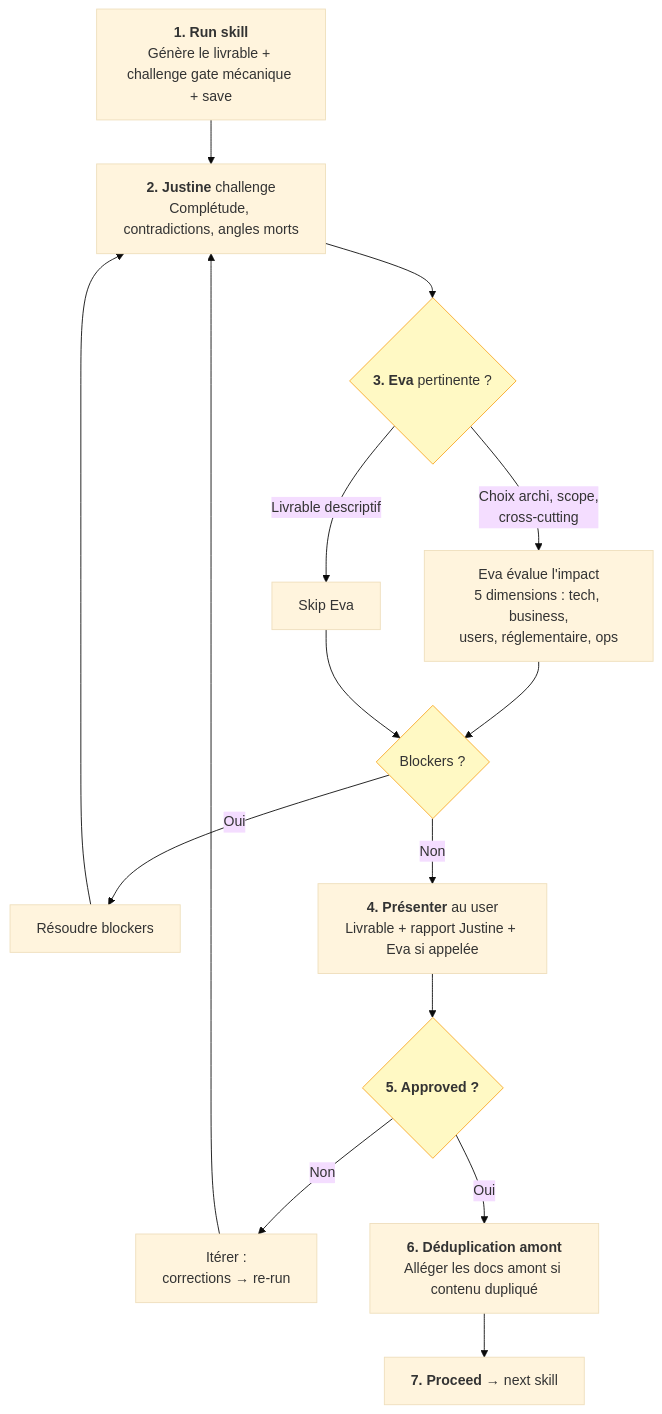
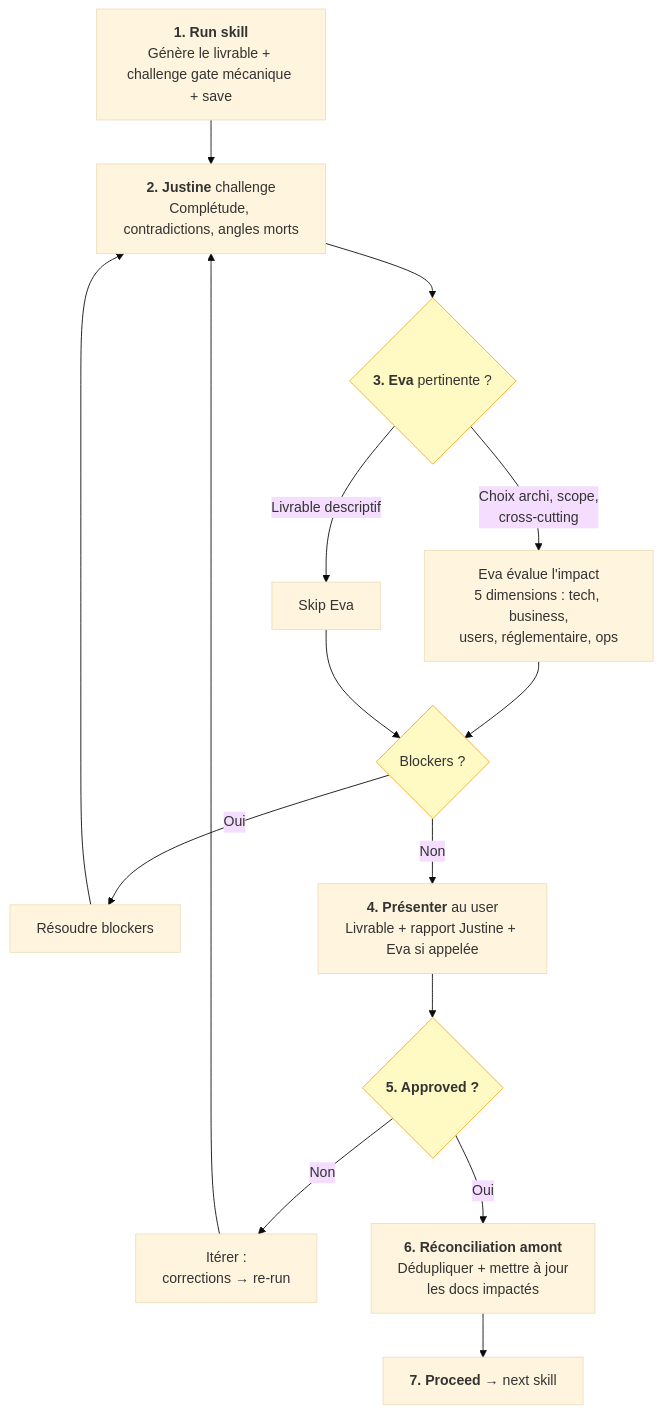
Before and after one commit to ai-driven-dev/framework: the third of 3 diagrams in FLOW.md, drawn with Mermaid (base theme). The commit also changed 2 other files, not shown here.

Commit message:
feat: broaden upstream deduplication to upstream reconciliation
Step 8 of the Execution Loop now checks for both deduplication
AND impact on upstream deliverables (e.g., architecture decisions
that require new user stories or modified acceptance criteria).

````diff
--- a/FLOW.md
+++ b/FLOW.md
@@ -110,29 +110,29 @@
 ```mermaid
 flowchart TB
     S1["<b>1. Run skill</b><br/>Génère le livrable + challenge gate mécanique + save"]
     S2["<b>2. Justine</b> challenge<br/>Complétude, contradictions, angles morts"]
     S3{"<b>3. Eva</b> pertinente ?"}
     S3Y["Eva évalue l'impact<br/>5 dimensions : tech, business,<br/>users, réglementaire, ops"]
     S3N["Skip Eva"]
     S4{"Blockers ?"}
     S4Y["Résoudre blockers"]
     S5["<b>4. Présenter</b> au user<br/>Livrable + rapport Justine + Eva si appelée"]
     S6{"<b>5. Approved ?</b>"}
     S6N["Itérer :<br/>corrections → re-run"]
-    S7["<b>6. Déduplication amont</b><br/>Alléger les docs amont si contenu dupliqué"]
+    S7["<b>6. Réconciliation amont</b><br/>Dédupliquer + mettre à jour<br/>les docs impactés"]
     S8["<b>7. Proceed</b> → next skill"]
 
     S1 --> S2 --> S3
     S3 -->|"Choix archi, scope,<br/>cross-cutting"| S3Y
     S3 -->|"Livrable descriptif"| S3N
     S3Y --> S4
     S3N --> S4
     S4 -->|Oui| S4Y --> S2
     S4 -->|Non| S5 --> S6
     S6 -->|Non| S6N --> S2
     S6 -->|Oui| S7 --> S8
 
     style S3 fill:#fff9c4,stroke:#f9a825
     style S4 fill:#fff9c4,stroke:#f9a825
     style S6 fill:#fff9c4,stroke:#f9a825
 ```
````
